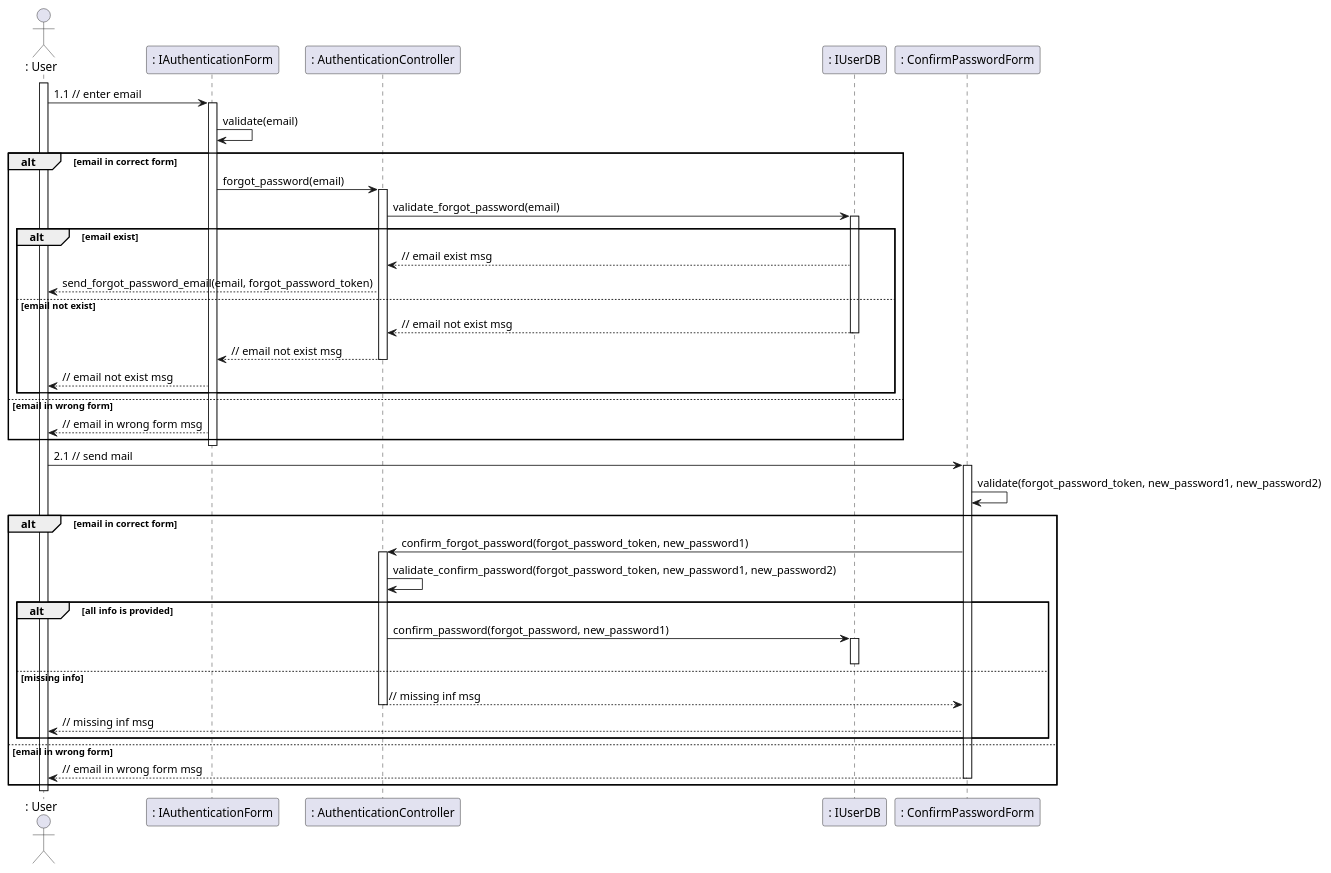
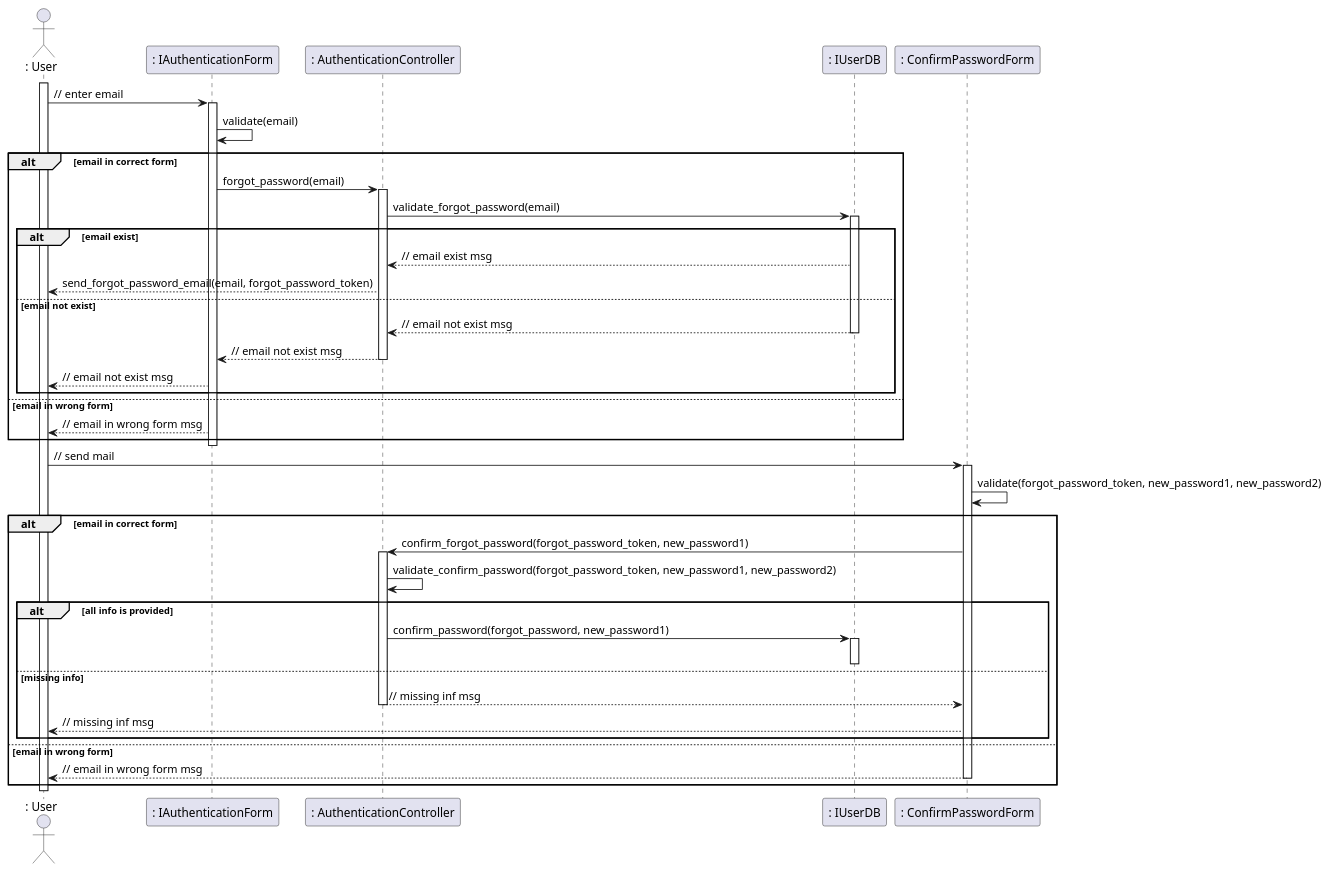
One commit to anonyhostvn/OOAD-Diagram changed the diagram in sequence - design/authentication/forgotPassword.plantuml. Above: the diagram before and after it, drawn with PlantUML. The commit also changed 10 other files, not shown here.

Commit message:
sua loi sequence diagram

```diff
--- a/sequence - design/authentication/forgotPassword.plantuml
+++ b/sequence - design/authentication/forgotPassword.plantuml
@@ -1,59 +1,59 @@
 @startuml
 actor ": User"
 
 activate ": User"
-": User" -> ": IAuthenticationForm" : 1.1 // enter email
+": User" -> ": IAuthenticationForm" : // enter email
 activate ": IAuthenticationForm"
 ": IAuthenticationForm" -> ": IAuthenticationForm" : validate(email)
 
 alt email in correct form
 
 ": IAuthenticationForm" -> ": AuthenticationController" : forgot_password(email)
 
 activate ": AuthenticationController"
 ": AuthenticationController" -> ": IUserDB" : validate_forgot_password(email)
 activate ": IUserDB"
 
 alt email exist
 ": IUserDB" --> ": AuthenticationController" : // email exist msg
 ": AuthenticationController" --> ": User" : send_forgot_password_email(email, forgot_password_token)
 else email not exist
 
 ": IUserDB" --> ": AuthenticationController" : // email not exist msg
 deactivate ": IUserDB"
 ": AuthenticationController" --> ": IAuthenticationForm" : // email not exist msg
 deactivate ": AuthenticationController"
 ": IAuthenticationForm" --> ": User" : // email not exist msg
 end
 
 else email in wrong form
 ": IAuthenticationForm" --> ": User" : // email in wrong form msg
 
 end
 deactivate ": IAuthenticationForm"
-": User" -> ": ConfirmPasswordForm" : 2.1 // send mail
+": User" -> ": ConfirmPasswordForm" :  // send mail
 activate ": ConfirmPasswordForm"
 ": ConfirmPasswordForm" -> ": ConfirmPasswordForm" : validate(forgot_password_token, new_password1, new_password2)
 alt email in correct form
 
 ": ConfirmPasswordForm" -> ": AuthenticationController" : confirm_forgot_password(forgot_password_token, new_password1)
 activate ": AuthenticationController"
 ": AuthenticationController" -> ": AuthenticationController" : validate_confirm_password(forgot_password_token, new_password1, new_password2)
 
 
 alt all info is provided
 ": AuthenticationController" -> ": IUserDB" : confirm_password(forgot_password, new_password1)
 
 activate ": IUserDB"
 deactivate ": IUserDB"
 else missing info
 ": AuthenticationController" --> ": ConfirmPasswordForm" : // missing inf msg
 deactivate ": AuthenticationController"
 ": ConfirmPasswordForm" --> ": User" : // missing inf msg
 end
 else email in wrong form
 ": ConfirmPasswordForm" --> ": User" : // email in wrong form msg
 deactivate ": ConfirmPasswordForm"
 end
 deactivate ": User"
 @enduml
```
